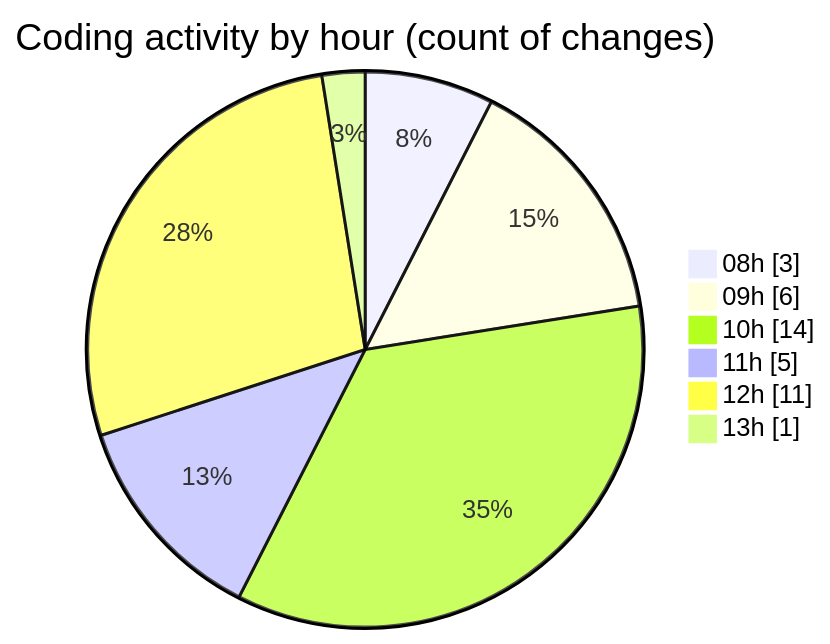
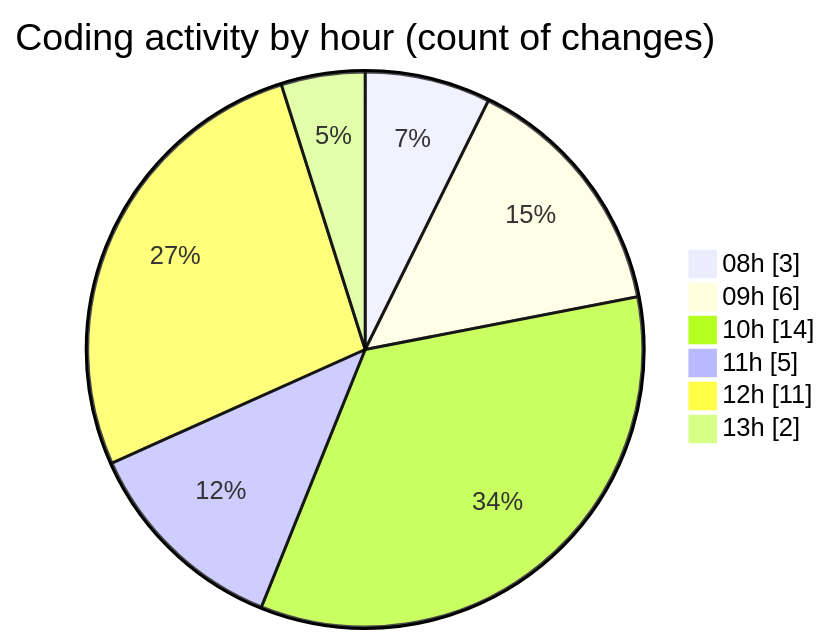
The second of 2 diagrams in 2025-04-01/jsvms/README.md (BS-eng2023/code-tracking), drawn with Mermaid before and after one commit. The commit also changed other lines of this file and 1 other file, not shown here.

````diff
--- a/2025-04-01/jsvms/README.md
+++ b/2025-04-01/jsvms/README.md
@@ -45,10 +45,10 @@
 ```mermaid
 pie showData
 title Coding activity by hour (count of changes)
 "08h" : 3
 "09h" : 6
 "10h" : 14
 "11h" : 5
 "12h" : 11
-"13h" : 1
+"13h" : 2
 ```
````
